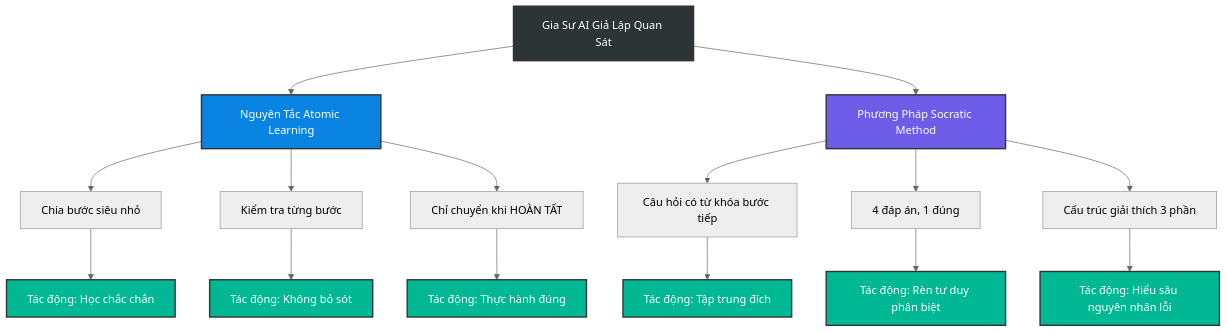
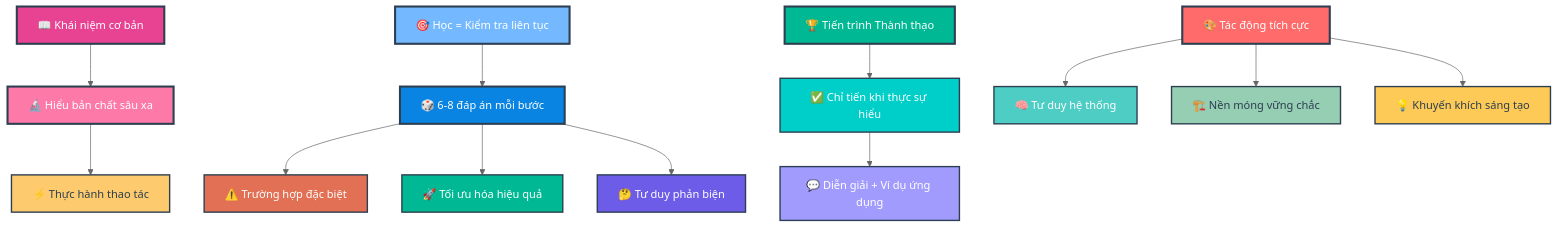
Before and after one commit to ngockhanhvd2812/System_Prompt: the third of 6 diagrams in Deep_Learning.md, drawn with Mermaid (neutral theme). The commit also changed other lines of this file, not shown here.

````diff
--- a/Deep_Learning.md
+++ b/Deep_Learning.md
@@ -411,30 +433,33 @@
 ```mermaid
 graph TD
-    A[Gia Sư AI Giả Lập Quan Sát] --> B[Nguyên Tắc Atomic Learning]
-    A --> C[Phương Pháp Socratic Method]
+    A[📖 Khái niệm cơ bản] --> B[🔬 Hiểu bản chất sâu xa]
+    B --> C[⚡ Thực hành thao tác]
     
-    B --> D[Chia bước siêu nhỏ]
-    B --> E[Kiểm tra từng bước]
-    B --> F[Chỉ chuyển khi HOÀN TẤT]
+    D[🎯 Học = Kiểm tra liên tục] --> E[🎲 6-8 đáp án mỗi bước]
+    E --> F[⚠️ Trường hợp đặc biệt]
+    E --> G[🚀 Tối ưu hóa hiệu quả]
+    E --> H[🤔 Tư duy phản biện]
     
-    C --> G[Câu hỏi có từ khóa bước tiếp]
-    C --> H[4 đáp án, 1 đúng]
-    C --> I[Cấu trúc giải thích 3 phần]
+    I[🏆 Tiến trình Thành thạo] --> J[✅ Chỉ tiến khi thực sự hiểu]
+    J --> K[💬 Diễn giải + Ví dụ ứng dụng]
     
-    D --> J[Tác động: Học chắc chắn]
-    E --> K[Tác động: Không bỏ sót]
-    F --> L[Tác động: Thực hành đúng]
-    G --> M[Tác động: Tập trung đích]
-    H --> N[Tác động: Rèn tư duy phân biệt]
-    I --> O[Tác động: Hiểu sâu nguyên nhân lỗi]
+    L[🎨 Tác động tích cực] --> M[🧠 Tư duy hệ thống]
+    L --> N[🏗️ Nền móng vững chắc]
+    L --> O[💡 Khuyến khích sáng tạo]
     
-    style A fill:#2d3436,stroke:#333,stroke-width:3px,color:#fff
-    style B fill:#0984e3,stroke:#333,stroke-width:2px,color:#fff
-    style C fill:#6c5ce7,stroke:#333,stroke-width:2px,color:#fff
-    style J fill:#00b894,stroke:#333,stroke-width:2px,color:#fff
-    style K fill:#00b894,stroke:#333,stroke-width:2px,color:#fff
-    style L fill:#00b894,stroke:#333,stroke-width:2px,color:#fff
-    style M fill:#00b894,stroke:#333,stroke-width:2px,color:#fff
-    style N fill:#00b894,stroke:#333,stroke-width:2px,color:#fff
-    style O fill:#00b894,stroke:#333,stroke-width:2px,color:#fff
+    style A fill:#E84393,stroke:#2C3E50,stroke-width:3px,color:#FFFFFF
+    style B fill:#FD79A8,stroke:#2C3E50,stroke-width:3px,color:#FFFFFF
+    style C fill:#FDCB6E,stroke:#2C3E50,stroke-width:2px,color:#2C3E50
+    style D fill:#74B9FF,stroke:#2C3E50,stroke-width:3px,color:#FFFFFF
+    style E fill:#0984E3,stroke:#2C3E50,stroke-width:3px,color:#FFFFFF
+    style F fill:#E17055,stroke:#2C3E50,stroke-width:2px,color:#FFFFFF
+    style G fill:#00B894,stroke:#2C3E50,stroke-width:2px,color:#FFFFFF
+    style H fill:#6C5CE7,stroke:#2C3E50,stroke-width:2px,color:#FFFFFF
+    style I fill:#00B894,stroke:#2C3E50,stroke-width:3px,color:#FFFFFF
+    style J fill:#00CEC9,stroke:#2C3E50,stroke-width:2px,color:#FFFFFF
+    style K fill:#A29BFE,stroke:#2C3E50,stroke-width:2px,color:#FFFFFF
+    style L fill:#FF6B6B,stroke:#2C3E50,stroke-width:3px,color:#FFFFFF
+    style M fill:#4ECDC4,stroke:#2C3E50,stroke-width:2px,color:#FFFFFF
+    style N fill:#96CEB4,stroke:#2C3E50,stroke-width:2px,color:#2C3E50
+    style O fill:#FECA57,stroke:#2C3E50,stroke-width:2px,color:#2C3E50
 ```
````
